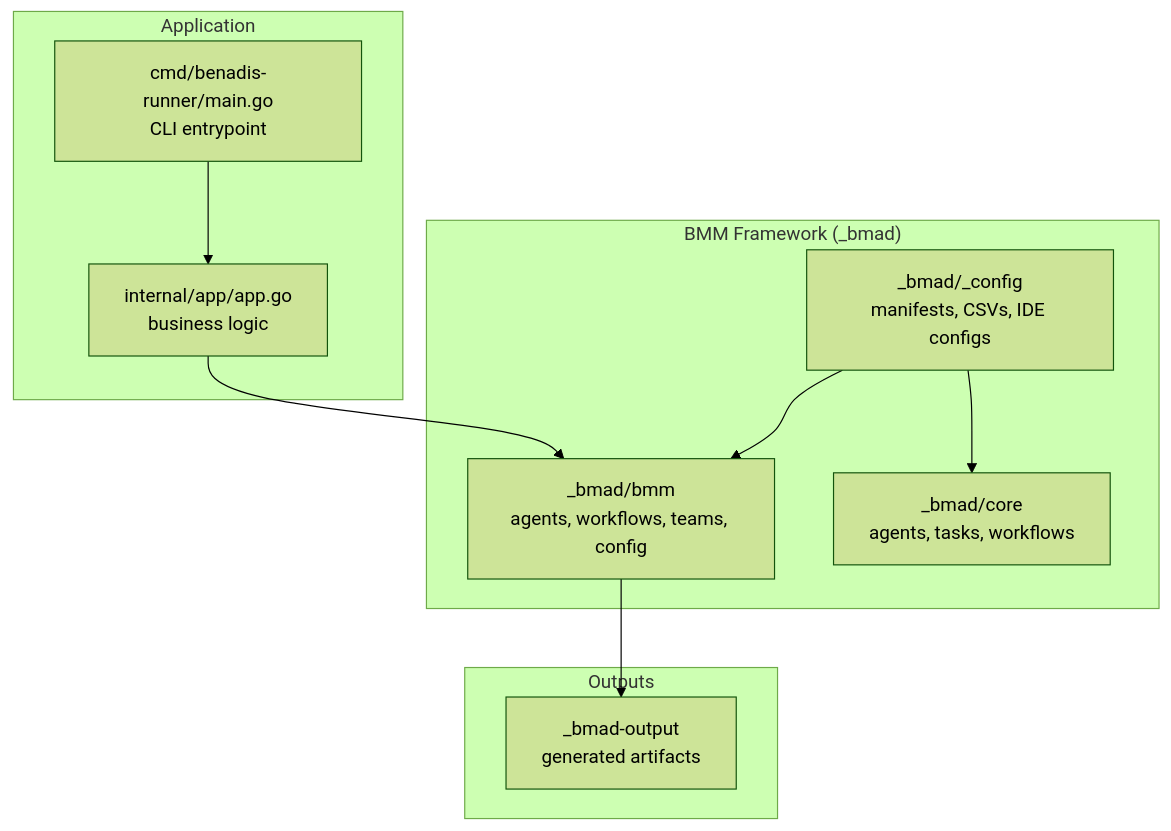
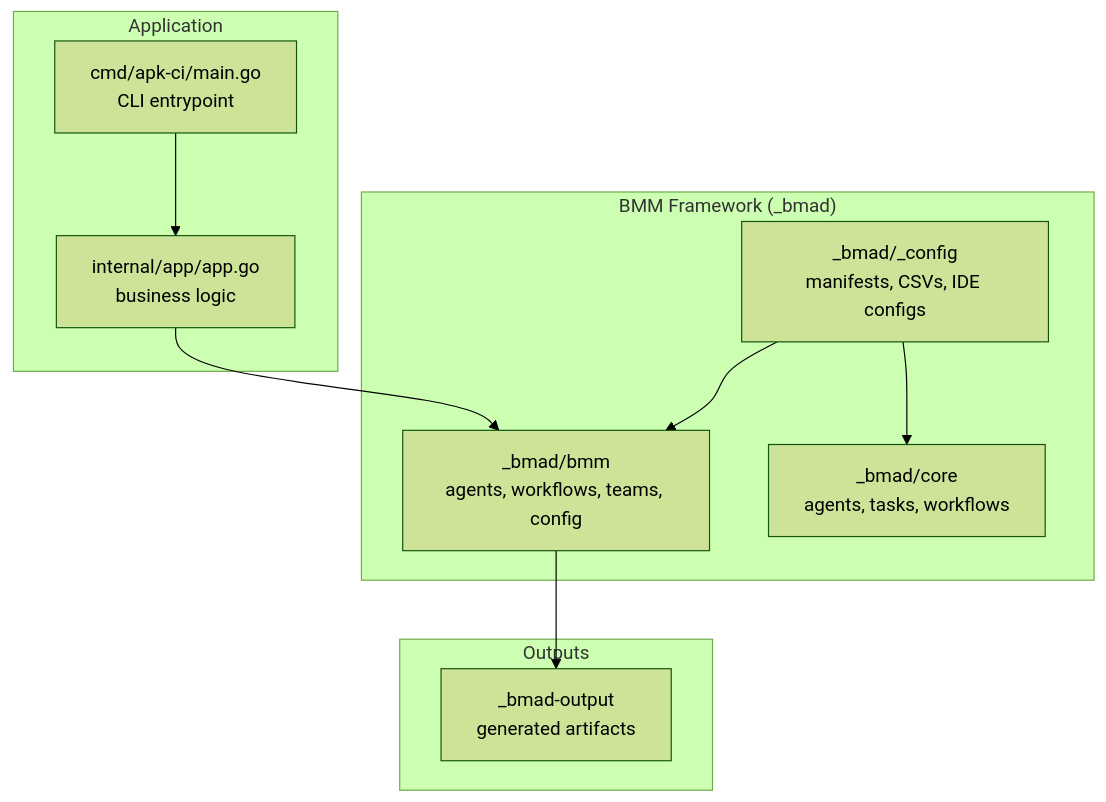
The first of 4 diagrams in .qoder/repowiki/en/content/Tool Overview & Core Value/BMM Framework Structure.md (Kargones/apk-ci), drawn with Mermaid (forest theme) before and after one commit. The commit also changed other lines of this file and 189 other files, not shown here.

Commit message:
Замена benadis-runner на apk-ci.

````diff
--- a/.qoder/repowiki/en/content/Tool Overview & Core Value/BMM Framework Structure.md
+++ b/.qoder/repowiki/en/content/Tool Overview & Core Value/BMM Framework Structure.md
@@ -46,20 +46,20 @@
 ```mermaid
 graph TB
 subgraph "BMM Framework (_bmad)"
 Config["_bmad/_config<br/>manifests, CSVs, IDE configs"]
 Core["_bmad/core<br/>agents, tasks, workflows"]
 BMM["_bmad/bmm<br/>agents, workflows, teams, config"]
 end
 subgraph "Application"
-Main["cmd/benadis-runner/main.go<br/>CLI entrypoint"]
+Main["cmd/apk-ci/main.go<br/>CLI entrypoint"]
 App["internal/app/app.go<br/>business logic"]
 end
 subgraph "Outputs"
 Output["_bmad-output<br/>generated artifacts"]
 end
 Main --> App
 App --> BMM
 BMM --> Output
 Config --> BMM
 Config --> Core
 ```
````
